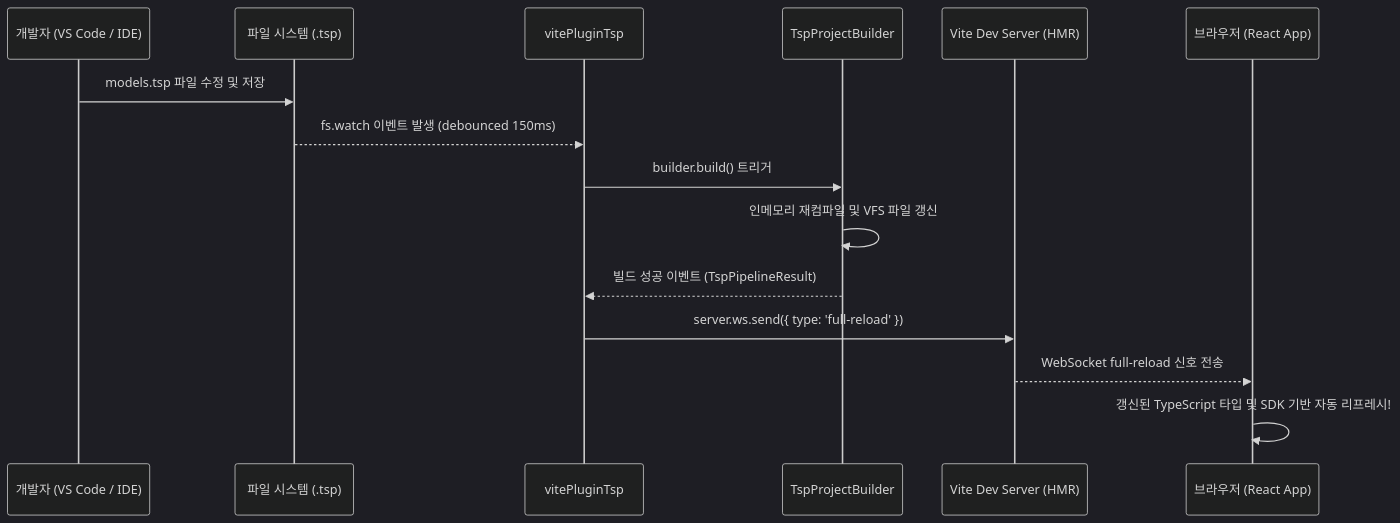
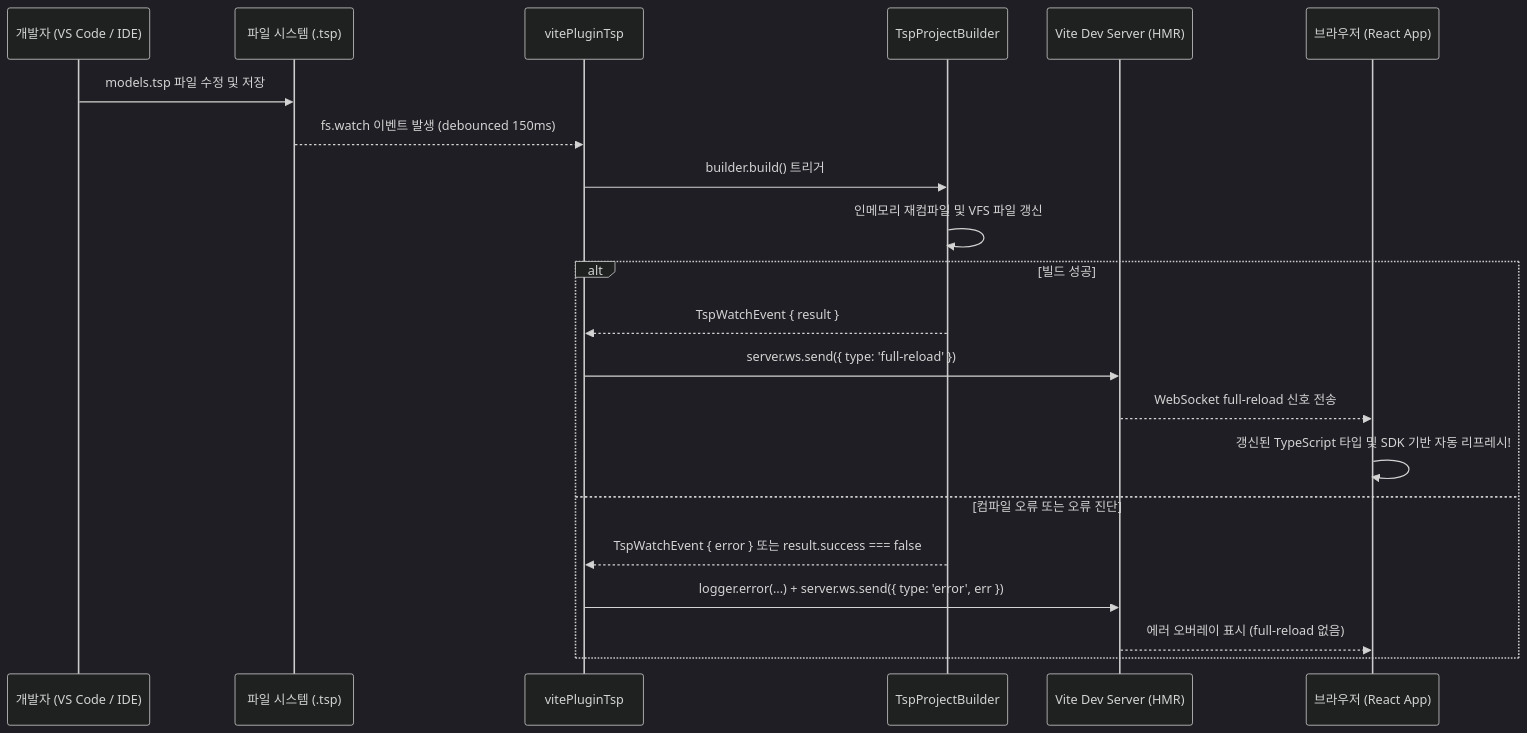
Before and after one commit to mineclover/oa-sdk: the second of 2 diagrams in docs/guides/typespec-builder-platform.md, drawn with Mermaid (dark theme). The commit also changed other lines of this file and 30 other files, not shown here.

````diff
--- a/docs/guides/typespec-builder-platform.md
+++ b/docs/guides/typespec-builder-platform.md
@@ -544,18 +603,24 @@
 ```mermaid
 sequenceDiagram
     participant Dev as 개발자 (VS Code / IDE)
     participant FS as 파일 시스템 (.tsp)
     participant VitePlugin as vitePluginTsp
     participant Builder as TspProjectBuilder
     participant ViteServer as Vite Dev Server (HMR)
     participant Browser as 브라우저 (React App)
 
     Dev->>FS: models.tsp 파일 수정 및 저장
     FS-->>VitePlugin: fs.watch 이벤트 발생 (debounced 150ms)
     VitePlugin->>Builder: builder.build() 트리거
     Builder->>Builder: 인메모리 재컴파일 및 VFS 파일 갱신
-    Builder-->>VitePlugin: 빌드 성공 이벤트 (TspPipelineResult)
-    VitePlugin->>ViteServer: server.ws.send({ type: 'full-reload' })
-    ViteServer-->>Browser: WebSocket full-reload 신호 전송
-    Browser->>Browser: 갱신된 TypeScript 타입 및 SDK 기반 자동 리프레시!
+    alt 빌드 성공
+        Builder-->>VitePlugin: TspWatchEvent { result }
+        VitePlugin->>ViteServer: server.ws.send({ type: 'full-reload' })
+        ViteServer-->>Browser: WebSocket full-reload 신호 전송
+        Browser->>Browser: 갱신된 TypeScript 타입 및 SDK 기반 자동 리프레시!
+    else 컴파일 오류 또는 오류 진단
+        Builder-->>VitePlugin: TspWatchEvent { error } 또는 result.success === false
+        VitePlugin->>ViteServer: logger.error(...) + server.ws.send({ type: 'error', err })
+        ViteServer-->>Browser: 에러 오버레이 표시 (full-reload 없음)
+    end
 ```
````
